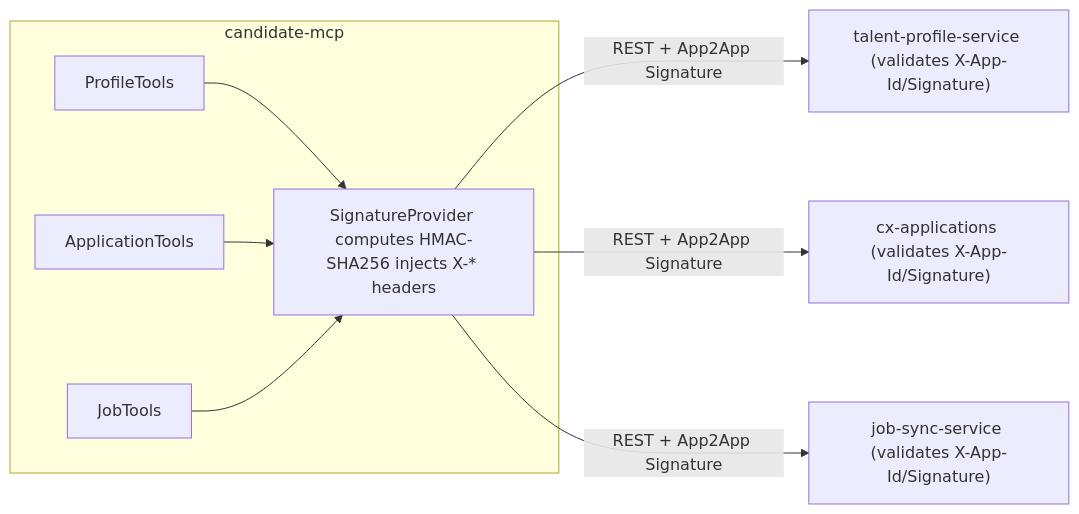
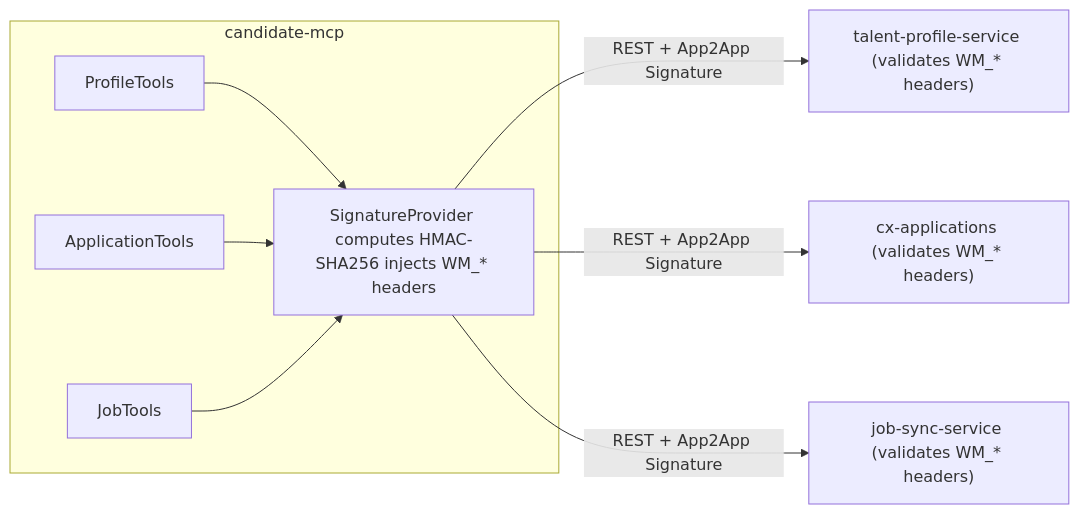
Diagram 23 of 32 in LLD_POST_APPLY_ASSISTANT.md (venkat-raman17/candidate-agent), drawn with Mermaid before and after one commit. The commit also changed other lines of this file, not shown here.

First line of the commit message:
fix: update job details in post-apply assistant documentation

````diff
--- a/LLD_POST_APPLY_ASSISTANT.md
+++ b/LLD_POST_APPLY_ASSISTANT.md
@@ -1325,18 +1264,18 @@
 ```mermaid
 flowchart LR
     subgraph "candidate-mcp"
-        SP["SignatureProvider computes HMAC-SHA256 injects X-* headers"]
+        SP["SignatureProvider computes HMAC-SHA256 injects WM_* headers"]
         PT["ProfileTools"]
         AT["ApplicationTools"]
         JT["JobTools"]
         PT & AT & JT --> SP
     end
 
-    TPS["talent-profile-service (validates X-App-Id/Signature)"]
-    CXA["cx-applications (validates X-App-Id/Signature)"]
-    JSS["job-sync-service (validates X-App-Id/Signature)"]
+    TPS["talent-profile-service (validates WM_* headers)"]
+    CXA["cx-applications (validates WM_* headers)"]
+    JSS["job-sync-service (validates WM_* headers)"]
 
     SP -->|"REST + App2App Signature"| TPS
     SP -->|"REST + App2App Signature"| CXA
     SP -->|"REST + App2App Signature"| JSS
 ```
````
